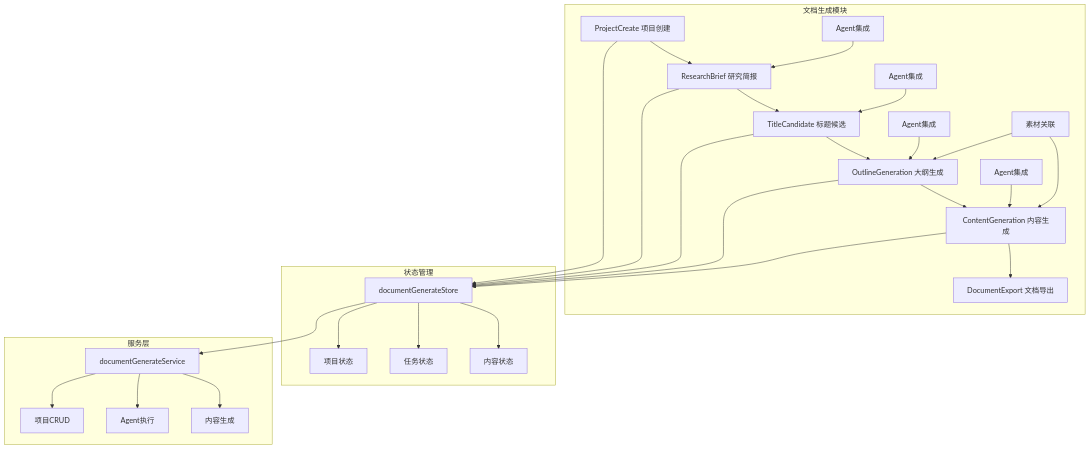
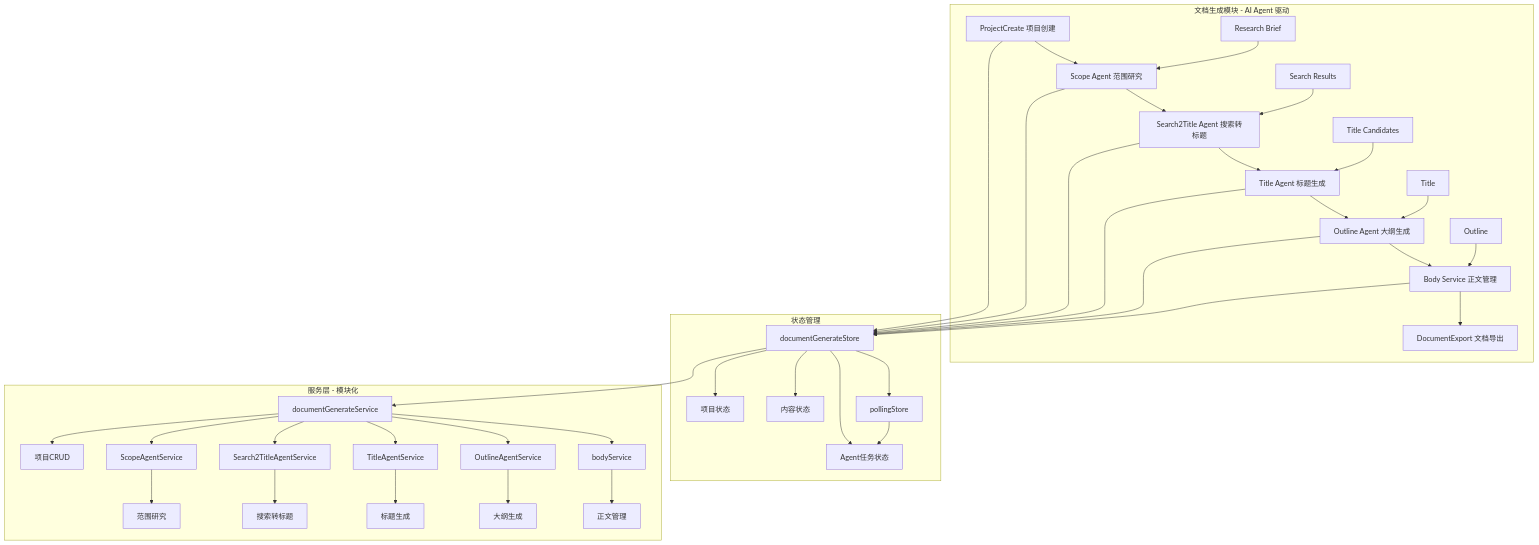
One commit to gastby-ghost/renews_frontend changed the sixth of 12 diagrams in 系统架构简化版.md. Above: the diagram before and after it, drawn with Mermaid. The commit also changed other lines of this file, not shown here.

````diff
--- a/系统架构简化版.md
+++ b/系统架构简化版.md
@@ -475,37 +823,47 @@
 ```mermaid
 graph TB
-    subgraph "文档生成模块"
-        A[ProjectCreate 项目创建] --> B[ResearchBrief 研究简报]
-        B --> C[TitleCandidate 标题候选]
-        C --> D[OutlineGeneration 大纲生成]
-        D --> E[ContentGeneration 内容生成]
-        E --> F[DocumentExport 文档导出]
+    subgraph "文档生成模块 - AI Agent 驱动"
+        A[ProjectCreate 项目创建] --> B[Scope Agent 范围研究]
+        B --> C[Search2Title Agent 搜索转标题]
+        C --> D[Title Agent 标题生成]
+        D --> E[Outline Agent 大纲生成]
+        E --> F[Body Service 正文管理]
+        F --> G[DocumentExport 文档导出]
 
-        G[Agent集成] --> B
-        H[Agent集成] --> C
-        I[Agent集成] --> D
-        J[Agent集成] --> E
-
-        K[素材关联] --> D
-        K --> E
+        H[Research Brief] --> B
+        I[Search Results] --> C
+        J[Title Candidates] --> D
+        K[Title] --> E
+        L[Outline] --> F
     end
 
     subgraph "状态管理"
-        L[documentGenerateStore] --> M[项目状态]
-        L --> N[任务状态]
-        L --> O[内容状态]
+        M[documentGenerateStore] --> N[项目状态]
+        M --> O[Agent任务状态]
+        M --> P[内容状态]
+        Q[pollingStore] --> O
     end
 
-    subgraph "服务层"
-        P[documentGenerateService] --> Q[项目CRUD]
-        P --> R[Agent执行]
-        P --> S[内容生成]
+    subgraph "服务层 - 模块化"
+        R[documentGenerateService] --> S[项目CRUD]
+        T[ScopeAgentService] --> U[范围研究]
+        V[Search2TitleAgentService] --> W[搜索转标题]
+        X[TitleAgentService] --> Y[标题生成]
+        Z[OutlineAgentService] --> AA[大纲生成]
+        BB[bodyService] --> CC[正文管理]
     end
 
-    A --> L
-    B --> L
-    C --> L
-    D --> L
-    E --> L
-    L --> P
+    A --> M
+    B --> M
+    C --> M
+    D --> M
+    E --> M
+    F --> M
+    M --> R
+    M --> Q
+    R --> T
+    R --> V
+    R --> X
+    R --> Z
+    R --> BB
 ```
````
